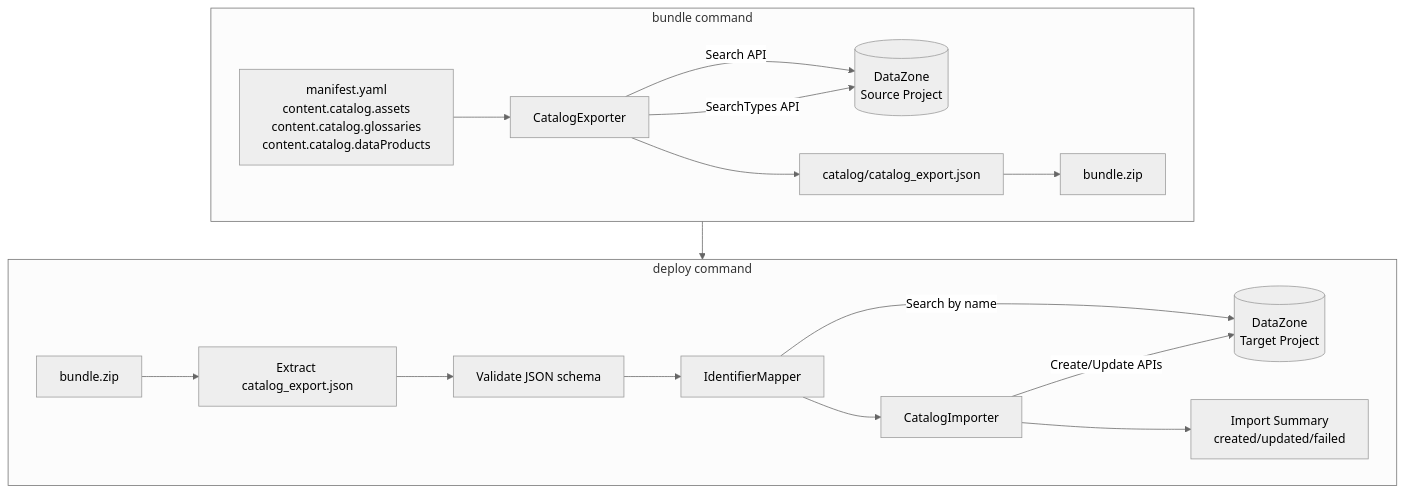
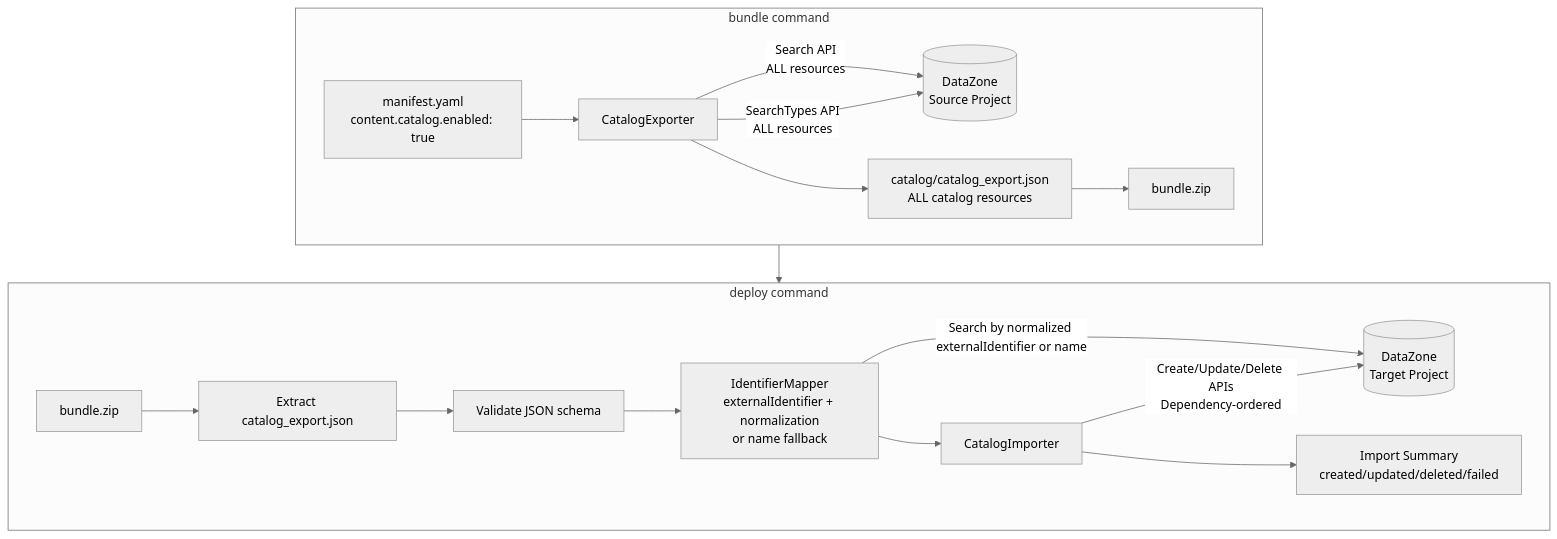
One commit to vasu2856/CICD-for-SageMakerUnifiedStudio-public changed the first of 2 diagrams in .kiro/specs/datazone-catalog-import-export/design.md. Above: the diagram before and after it, drawn with Mermaid (neutral theme). The commit also changed other lines of this file and 3 other files, not shown here.

First line of the commit message:
docs: refine DataZone catalog import/export design and requirements

````diff
--- a/.kiro/specs/datazone-catalog-import-export/design.md
+++ b/.kiro/specs/datazone-catalog-import-export/design.md
@@ -11,22 +11,22 @@
 ```mermaid
 flowchart TD
     subgraph Bundle["bundle command"]
-        M[manifest.yaml<br/>content.catalog.assets<br/>content.catalog.glossaries<br/>content.catalog.dataProducts] --> CE[CatalogExporter]
-        CE -->|Search API| DZ1[(DataZone<br/>Source Project)]
-        CE -->|SearchTypes API| DZ1
-        CE --> JSON[catalog/catalog_export.json]
+        M[manifest.yaml<br/>content.catalog.enabled: true] --> CE[CatalogExporter]
+        CE -->|Search API<br/>ALL resources| DZ1[(DataZone<br/>Source Project)]
+        CE -->|SearchTypes API<br/>ALL resources| DZ1
+        CE --> JSON[catalog/catalog_export.json<br/>ALL catalog resources]
         JSON --> ZIP[bundle.zip]
     end
 
     subgraph Deploy["deploy command"]
         ZIP2[bundle.zip] --> UNZIP[Extract catalog_export.json]
         UNZIP --> VAL[Validate JSON schema]
-        VAL --> IM[IdentifierMapper]
-        IM -->|Search by name| DZ2[(DataZone<br/>Target Project)]
+        VAL --> IM[IdentifierMapper<br/>externalIdentifier + normalization<br/>or name fallback]
+        IM -->|Search by normalized externalIdentifier or name| DZ2[(DataZone<br/>Target Project)]
         IM --> CI[CatalogImporter]
-        CI -->|Create/Update APIs| DZ2
-        CI --> SUM[Import Summary<br/>created/updated/failed]
+        CI -->|Create/Update/Delete APIs<br/>Dependency-ordered| DZ2
+        CI --> SUM[Import Summary<br/>created/updated/deleted/failed]
     end
 
     Bundle --> Deploy
 ```
````
